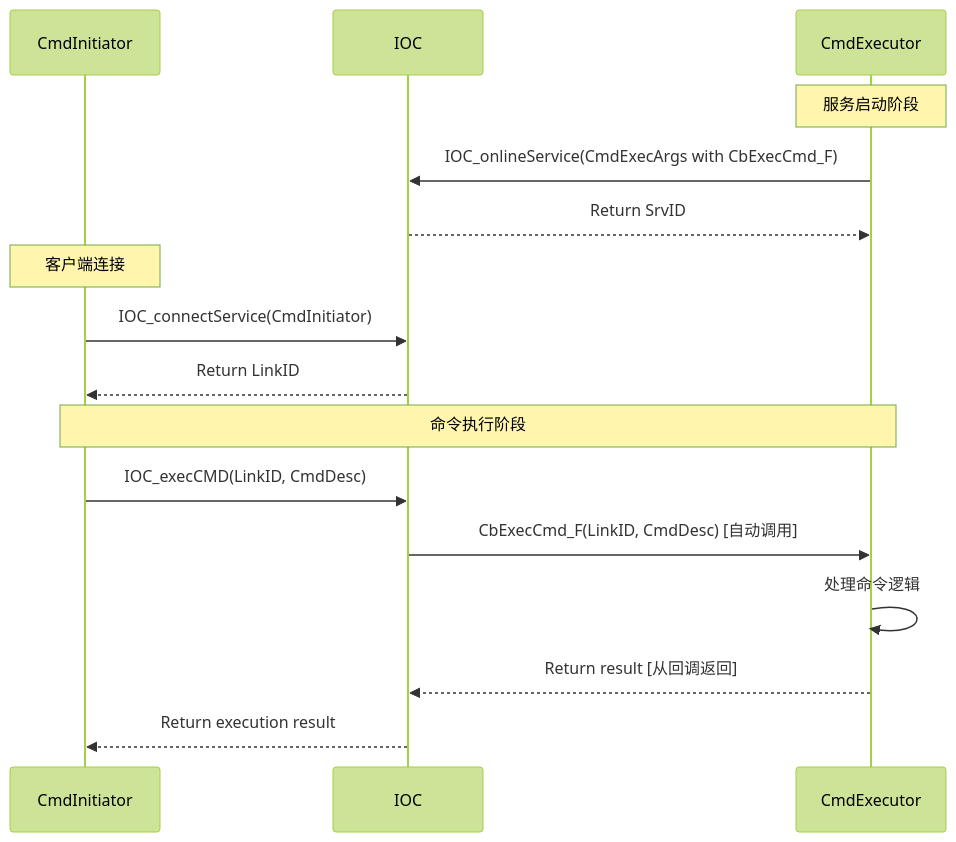
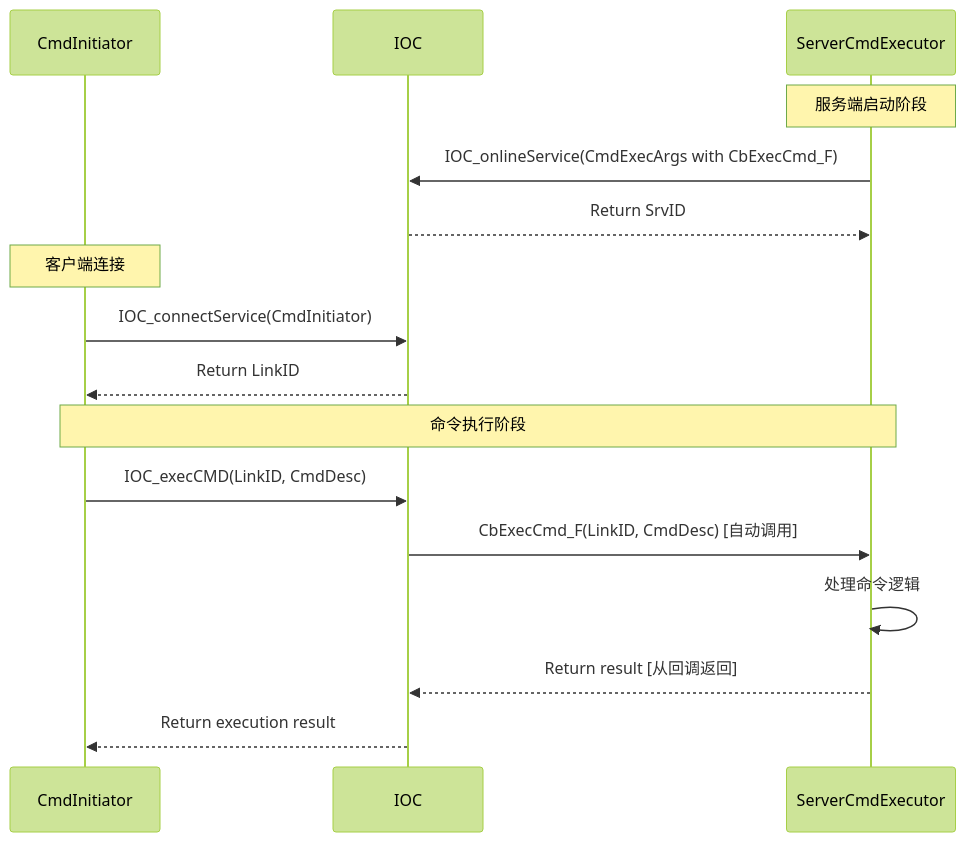
Before and after one commit to EnigmaWU/MyIOC_inTDD_withGHC: the eighth of 10 diagrams in README_UserGuide.md, drawn with Mermaid (forest theme). The commit also changed other lines of this file, not shown here.

````diff
--- a/README_UserGuide.md
+++ b/README_UserGuide.md
@@ -1976,21 +2104,21 @@
 ```mermaid
 sequenceDiagram
     participant CI as CmdInitiator
     participant IOC as IOC
-    participant CE as CmdExecutor
+    participant SE as ServerCmdExecutor
     
-    Note over CE: 服务启动阶段
-    CE->>IOC: IOC_onlineService(CmdExecArgs with CbExecCmd_F)
-    IOC-->>CE: Return SrvID
+    Note over SE: 服务端启动阶段
+    SE->>IOC: IOC_onlineService(CmdExecArgs with CbExecCmd_F)
+    IOC-->>SE: Return SrvID
     
     Note over CI: 客户端连接
     CI->>IOC: IOC_connectService(CmdInitiator)
     IOC-->>CI: Return LinkID
     
-    Note over CI,CE: 命令执行阶段
+    Note over CI,SE: 命令执行阶段
     CI->>IOC: IOC_execCMD(LinkID, CmdDesc)
-    IOC->>CE: CbExecCmd_F(LinkID, CmdDesc) [自动调用]
-    CE->>CE: 处理命令逻辑
-    CE-->>IOC: Return result [从回调返回]
+    IOC->>SE: CbExecCmd_F(LinkID, CmdDesc) [自动调用]
+    SE->>SE: 处理命令逻辑
+    SE-->>IOC: Return result [从回调返回]
     IOC-->>CI: Return execution result
 ```
````
